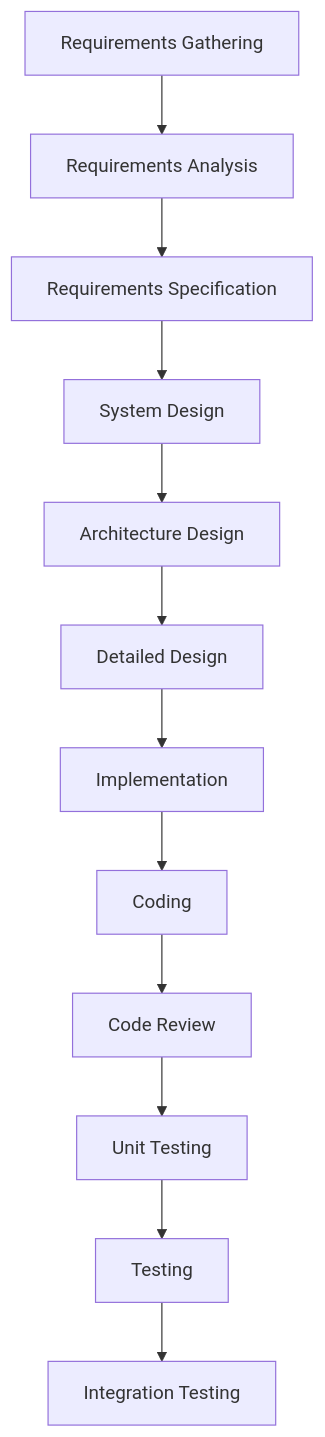
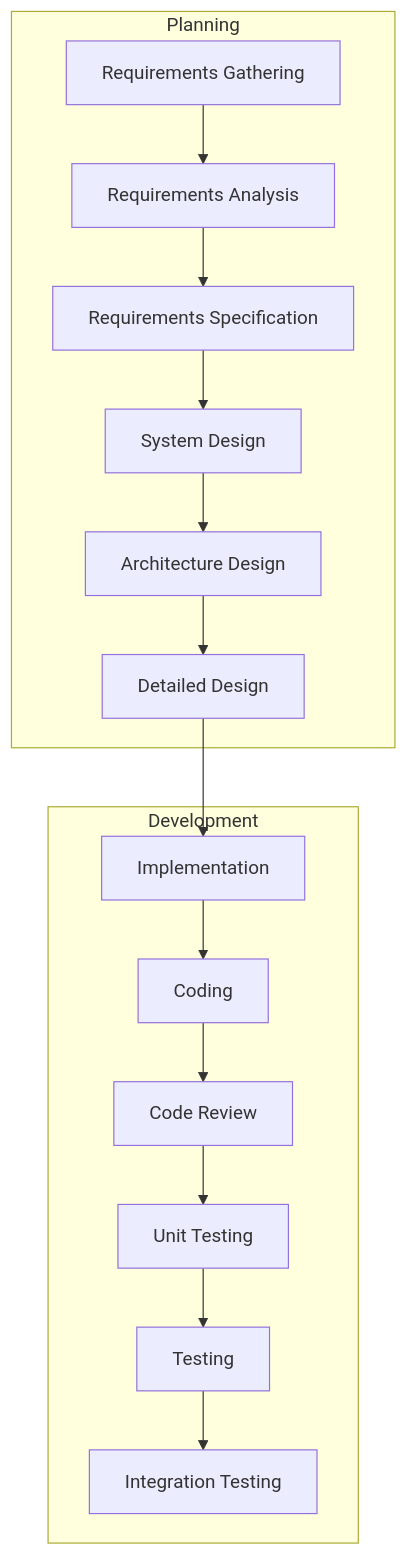
One commit to isauravmanitripathi/Animate-Mermaid-Chart changed diagram 12 of 54 in temp-charts/flowchart_sequence/README.md. Above: the diagram before and after it, drawn with Mermaid. The commit also changed other lines of this file and 58 other files, not shown here.

Commit message:
added proper working diagrams

````diff
--- a/temp-charts/flowchart_sequence/README.md
+++ b/temp-charts/flowchart_sequence/README.md
@@ -128,14 +238,32 @@
 ```mermaid
 flowchart TD
-A[Requirements Gathering] --> A1[Requirements Analysis]
-A1 --> A2[Requirements Specification]
-A2 --> B[System Design]
-B --> B1[Architecture Design]
-B1 --> B2[Detailed Design]
-B2 --> C[Implementation]
-C --> C1[Coding]
-C1 --> C2[Code Review]
-C2 --> C3[Unit Testing]
-C3 --> D[Testing]
-D --> D1[Integration Testing]
+    A[Requirements Gathering] --> A1[Requirements Analysis]
+    A1 --> A2[Requirements Specification]
+    A2 --> B[System Design]
+    B --> B1[Architecture Design]
+    B1 --> B2[Detailed Design]
+    B2 --> C[Implementation]
+    C --> C1[Coding]
+    C1 --> C2[Code Review]
+    C2 --> C3[Unit Testing]
+    C3 --> D[Testing]
+    D --> D1[Integration Testing]
+
+subgraph Planning
+A
+A1
+A2
+B
+B1
+B2
+end
+
+subgraph Development
+C
+C1
+C2
+C3
+D
+D1
+end
 ```
````
